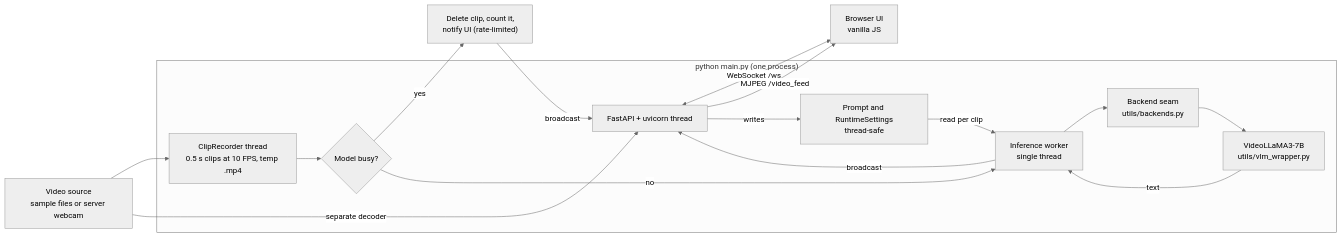
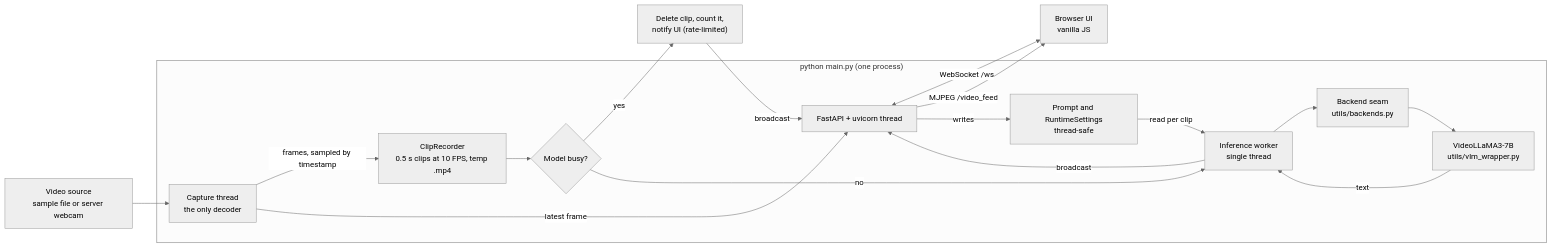
One commit to LordLokator/VLMPromptEngineeringSandbox changed the first of 2 diagrams in README.md. Above: the diagram before and after it, drawn with Mermaid (neutral theme). The commit also changed other lines of this file and 14 other files, not shown here.

First line of the commit message:
feat: one capture per source with timestamp-sampled, identified clips (#12)

````diff
--- a/README.md
+++ b/README.md
@@ -73,27 +77,29 @@
 ```mermaid
 flowchart LR
-    SRC["Video source<br/>sample files or server webcam"]
+    SRC["Video source<br/>sample file or server webcam"]
     UI["Browser UI<br/>vanilla JS"]
 
     subgraph APP["python main.py (one process)"]
-        REC["ClipRecorder thread<br/>0.5 s clips at 10 FPS, temp .mp4"]
+        CAP["Capture thread<br/>the only decoder"]
+        REC["ClipRecorder<br/>0.5 s clips at 10 FPS, temp .mp4"]
         GATE{"Model busy?"}
         EXEC["Inference worker<br/>single thread"]
         BACK["Backend seam<br/>utils/backends.py"]
         VLM["VideoLLaMA3-7B<br/>utils/vlm_wrapper.py"]
         STATE["Prompt and RuntimeSettings<br/>thread-safe"]
         WEB["FastAPI + uvicorn thread"]
     end
 
-    SRC --> REC --> GATE
+    SRC --> CAP
+    CAP -- "frames, sampled by timestamp" --> REC --> GATE
     GATE -- yes --> DROP["Delete clip, count it,<br/>notify UI (rate-limited)"]
     GATE -- no --> EXEC --> BACK --> VLM
     VLM -- text --> EXEC
     EXEC -- broadcast --> WEB
     DROP -- broadcast --> WEB
-    SRC -- separate decoder --> WEB
+    CAP -- "latest frame" --> WEB
     WEB <-- "WebSocket /ws" --> UI
     WEB -- "MJPEG /video_feed" --> UI
     WEB -- writes --> STATE
     STATE -- read per clip --> EXEC
 ```
````
